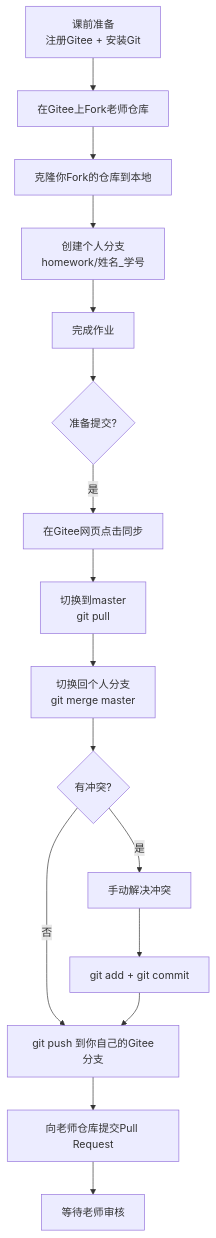
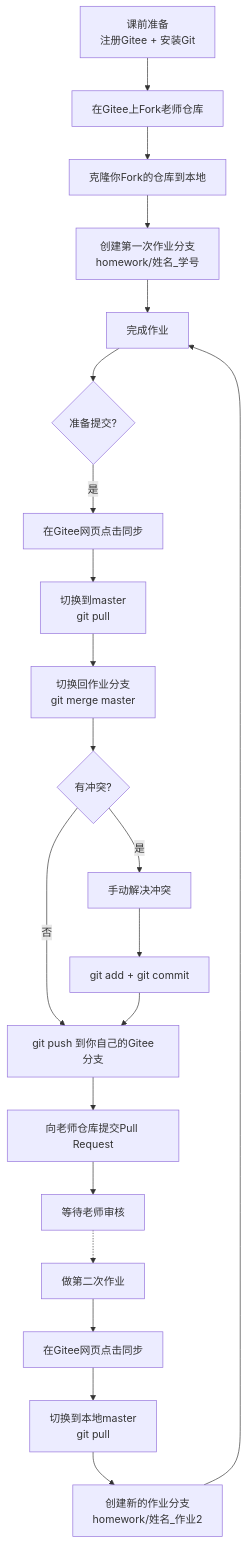
One commit to pywww/ai-tool-course-homework-2026 changed the diagram in README.md. Above: the diagram before and after it, drawn with Mermaid. The commit also changed other lines of this file, not shown here.

````diff
--- a/README.md
+++ b/README.md
@@ -568,18 +571,23 @@
 ```mermaid
 flowchart TD
     A[课前准备<br/>注册Gitee + 安装Git] --> B1[在Gitee上Fork老师仓库]
     B1 --> B2[克隆你Fork的仓库到本地]
-    B2 --> C[创建个人分支<br/>homework/姓名_学号]
+    B2 --> C[创建第一次作业分支<br/>homework/姓名_学号]
     C --> D[完成作业]
     D --> E{准备提交?}
     E -->|是| F1[在Gitee网页点击同步]
     F1 --> F2[切换到master<br/>git pull]
-    F2 --> G[切换回个人分支<br/>git merge master]
+    F2 --> G[切换回作业分支<br/>git merge master]
     G --> H{有冲突?}
     H -->|是| I[手动解决冲突]
     I --> J[git add + git commit]
     H -->|否| K[git push 到你自己的Gitee分支]
     J --> K
     K --> L[向老师仓库提交Pull Request]
     L --> M[等待老师审核]
+    M -.-> N[做第二次作业]
+    N --> F1_2[在Gitee网页点击同步]
+    F1_2 --> F2_2[切换到本地master<br/>git pull]
+    F2_2 --> C2[创建新的作业分支<br/>homework/姓名_作业2]
+    C2 --> D
 ```
````
